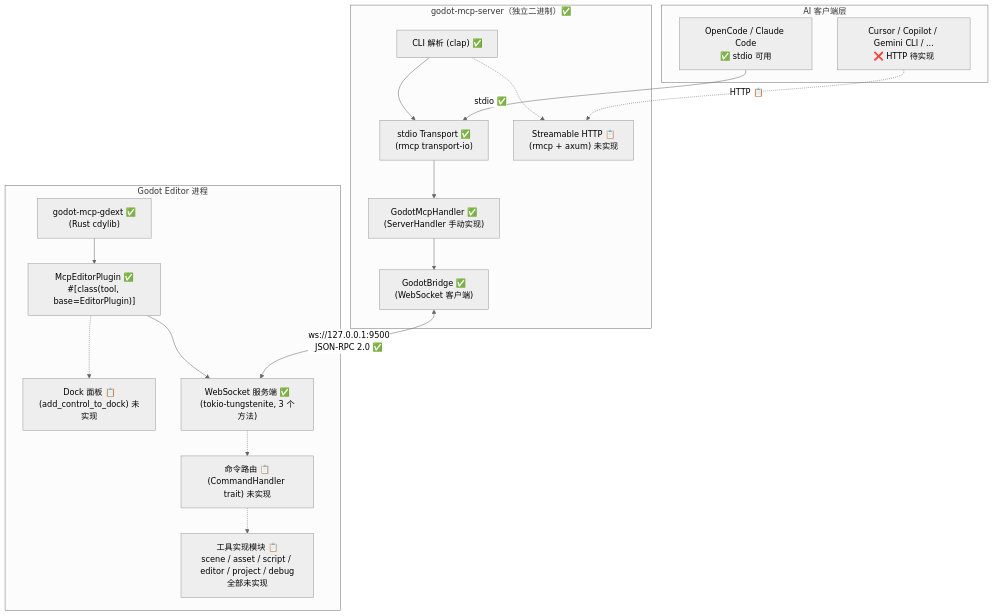
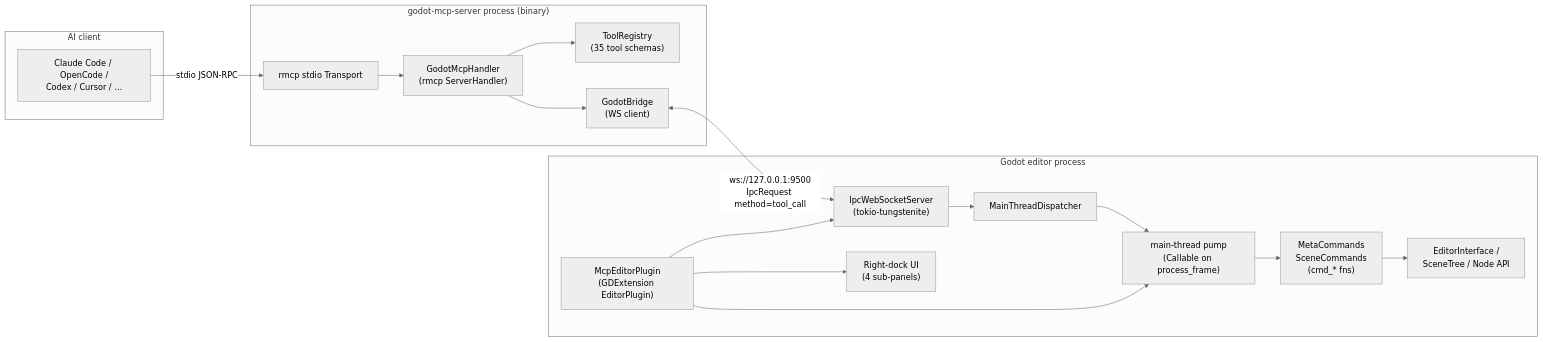
The diagram in .repo_wiki/overview/architecture.md (jesspig/GodotMCP-GDExtension), drawn with Mermaid (neutral theme) before and after one commit. The commit also changed other lines of this file and 30 other files, not shown here.

````diff
--- a/.repo_wiki/overview/architecture.md
+++ b/.repo_wiki/overview/architecture.md
@@ -7,41 +7,36 @@
 ```mermaid
-graph TD
-    subgraph AI["AI 客户端层"]
-        CC["OpenCode / Claude Code<br/>✅ stdio 可用"]
-        Other["Cursor / Copilot / Gemini CLI / ...<br/>❌ HTTP 待实现"]
+graph LR
+    subgraph AI["AI client"]
+        Client["Claude Code / OpenCode /<br/>Codex / Cursor / …"]
     end
 
-    subgraph RustServer["godot-mcp-server（独立二进制）✅"]
-        CLI["CLI 解析 (clap) ✅"]
-        StdioSrv["stdio Transport ✅<br/>(rmcp transport-io)"]
-        HttpSrv["Streamable HTTP 📋<br/>(rmcp + axum) 未实现"]
-        Handler["GodotMcpHandler ✅<br/>(ServerHandler 手动实现)"]
-        Bridge["GodotBridge ✅<br/>(WebSocket 客户端)"]
-
-        CLI --> StdioSrv
-        CLI -.-> HttpSrv
-        StdioSrv --> Handler
-        Handler --> Bridge
+    subgraph ServerProc["godot-mcp-server process (binary)"]
+        Stdio["rmcp stdio Transport"]
+        Handler["GodotMcpHandler<br/>(rmcp ServerHandler)"]
+        Registry["ToolRegistry<br/>(35 tool schemas)"]
+        Bridge["GodotBridge<br/>(WS client)"]
     end
 
-    subgraph GodotProc["Godot Editor 进程"]
-        GDExt["godot-mcp-gdext ✅<br/>(Rust cdylib)"]
-        EditorPlugin["McpEditorPlugin ✅<br/>#[class(tool, base=EditorPlugin)]"]
-        DockUI["Dock 面板 📋<br/>(add_control_to_dock) 未实现"]
-        WSServer["WebSocket 服务端 ✅<br/>(tokio-tungstenite, 3 个方法)"]
-        CmdRouter["命令路由 📋<br/>(CommandHandler trait) 未实现"]
-
-        ToolImpl["工具实现模块 📋<br/>scene / asset / script / editor / project / debug<br/>全部未实现"]
-
-        GDExt --> EditorPlugin
-        EditorPlugin -.-> DockUI
-        EditorPlugin --> WSServer
-        WSServer -.-> CmdRouter
-        CmdRouter -.-> ToolImpl
+    subgraph GodotProc["Godot editor process"]
+        Plugin["McpEditorPlugin<br/>(GDExtension EditorPlugin)"]
+        WS["IpcWebSocketServer<br/>(tokio-tungstenite)"]
+        Pump["main-thread pump<br/>(Callable on process_frame)"]
+        Dispatcher["MainThreadDispatcher"]
+        Commands["MetaCommands<br/>SceneCommands<br/>(cmd_* fns)"]
+        Editor["EditorInterface /<br/>SceneTree / Node API"]
+        Dock["Right-dock UI<br/>(4 sub-panels)"]
     end
 
-    CC -->|"stdio ✅"| StdioSrv
-    Other -.->|"HTTP 📋"| HttpSrv
-
-    Bridge <-->|"ws://127.0.0.1:9500<br/>JSON-RPC 2.0 ✅"| WSServer
+    Client -->|stdio JSON-RPC| Stdio
+    Stdio --> Handler
+    Handler --> Registry
+    Handler --> Bridge
+    Bridge <-->|ws://127.0.0.1:9500<br/>IpcRequest method=tool_call| WS
+    WS --> Dispatcher
+    Dispatcher --> Pump
+    Pump --> Commands
+    Commands --> Editor
+    Plugin --> WS
+    Plugin --> Pump
+    Plugin --> Dock
 ```
````
